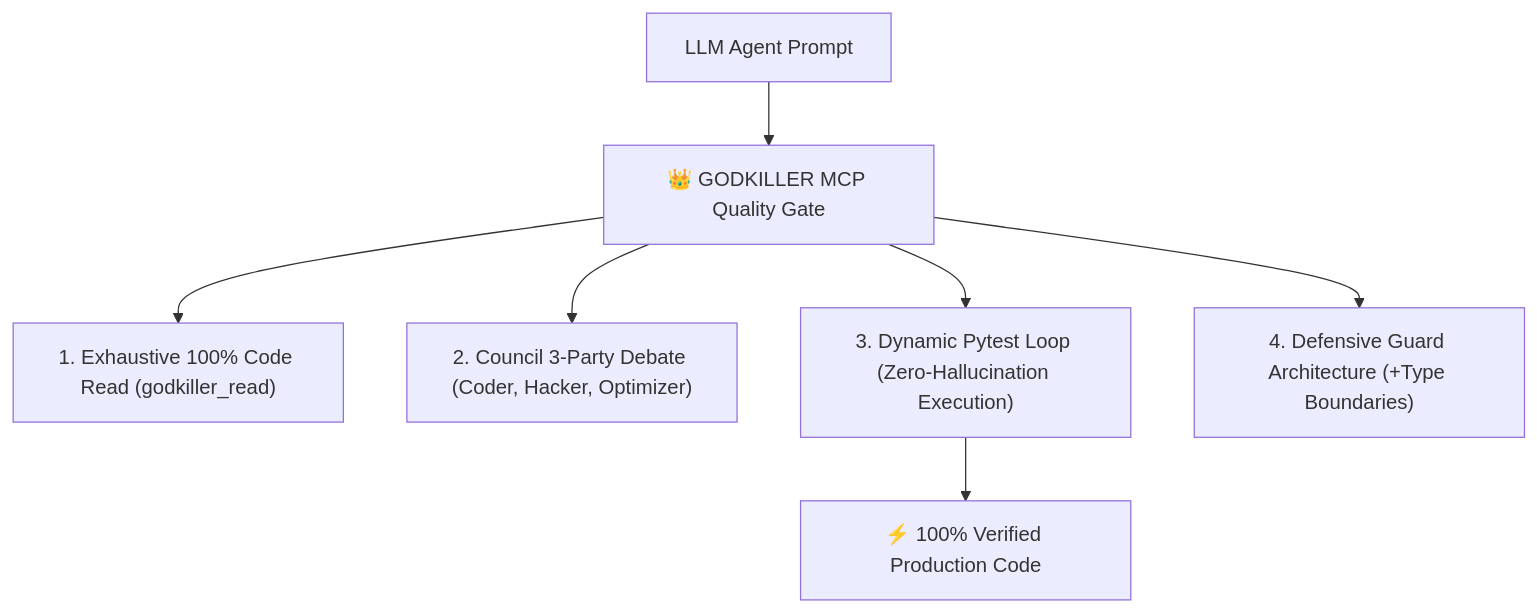
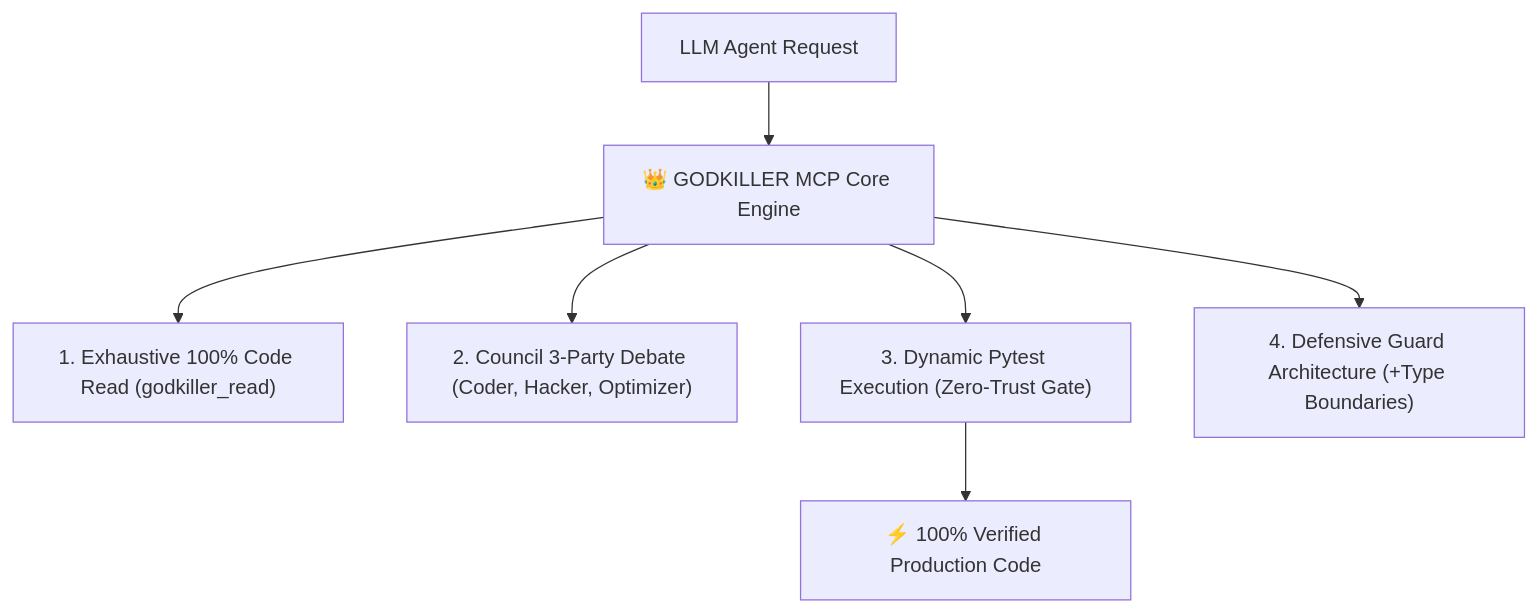
One commit to taurus42119-stack/godkiller-mcp changed the diagram in README.md. Above: the diagram before and after it, drawn with Mermaid. The commit also changed other lines of this file, not shown here.

````diff
--- a/README.md
+++ b/README.md
@@ -16,9 +42,9 @@
 ```mermaid
 graph TD
-    A["LLM Agent Prompt"] --> B["👑 GODKILLER MCP Quality Gate"]
+    A["LLM Agent Request"] --> B["👑 GODKILLER MCP Core Engine"]
     B --> C["1. Exhaustive 100% Code Read (godkiller_read)"]
     B --> D["2. Council 3-Party Debate (Coder, Hacker, Optimizer)"]
-    B --> E["3. Dynamic Pytest Loop (Zero-Hallucination Execution)"]
+    B --> E["3. Dynamic Pytest Execution (Zero-Trust Gate)"]
     B --> F["4. Defensive Guard Architecture (+Type Boundaries)"]
     E --> G["⚡ 100% Verified Production Code"]
 ```
````
